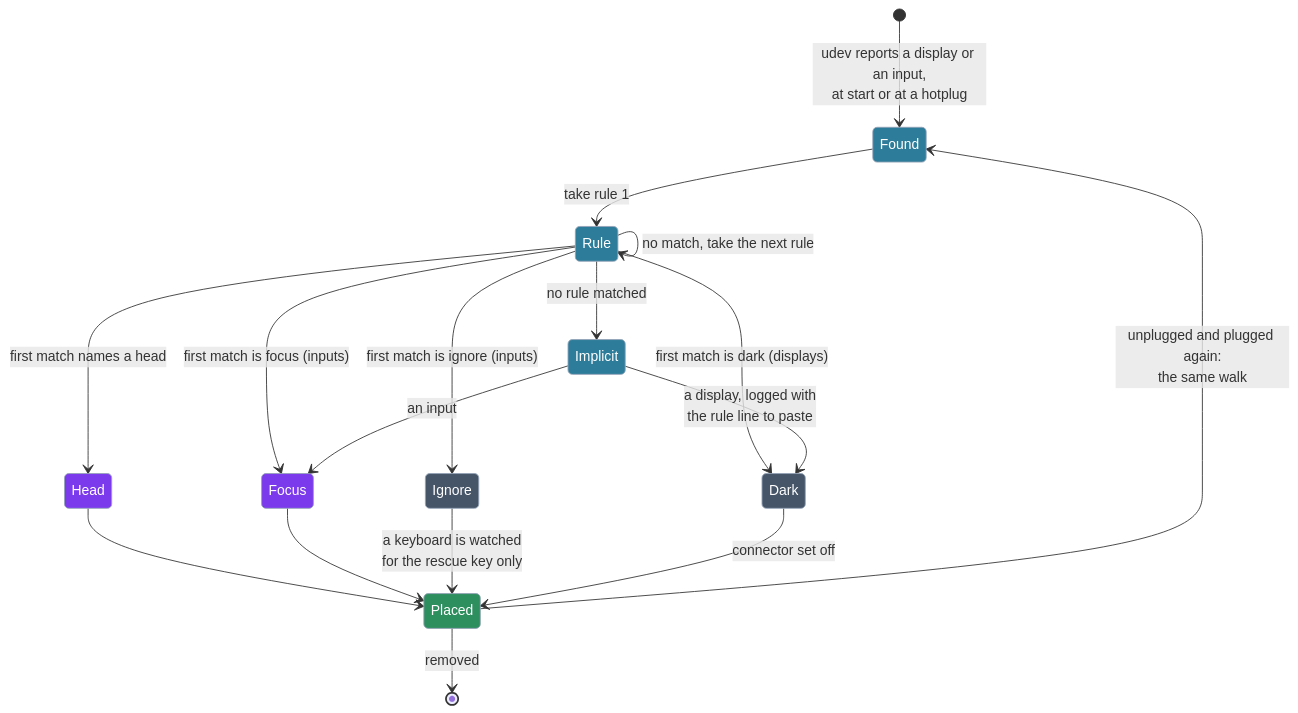
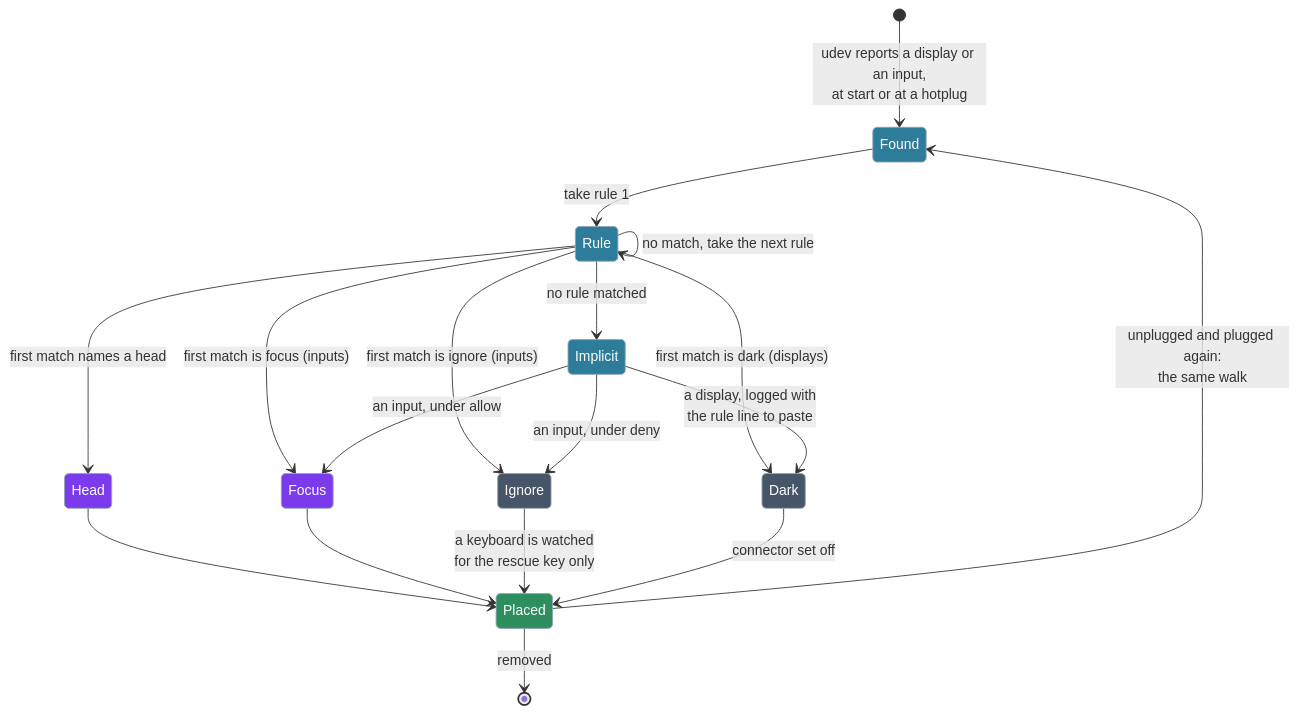
Before and after one commit to vtium/vtium: the second of 5 diagrams in docs/architecture/platform/ADR-1401-heads-a-terminal-per-physical-display-placed-by-a-first-match-ruleset.md, drawn with Mermaid. The commit also changed other lines of this file and 1 other file, not shown here.

````diff
--- a/docs/architecture/platform/ADR-1401-heads-a-terminal-per-physical-display-placed-by-a-first-match-ruleset.md
+++ b/docs/architecture/platform/ADR-1401-heads-a-terminal-per-physical-display-placed-by-a-first-match-ruleset.md
@@ -332,27 +368,28 @@
 ```mermaid
 stateDiagram-v2
     [*] --> Found: udev reports a display or an input,<br>at start or at a hotplug
     Found --> Rule: take rule 1
     Rule --> Rule: no match, take the next rule
     Rule --> Head: first match names a head
     Rule --> Focus: first match is focus (inputs)
     Rule --> Ignore: first match is ignore (inputs)
     Rule --> Dark: first match is dark (displays)
     Rule --> Implicit: no rule matched
     Implicit --> Dark: a display, logged with<br>the rule line to paste
-    Implicit --> Focus: an input
+    Implicit --> Focus: an input, under allow
+    Implicit --> Ignore: an input, under deny
     Head --> Placed
     Focus --> Placed
     Ignore --> Placed: a keyboard is watched<br>for the rescue key only
     Dark --> Placed: connector set off
     Placed --> [*]: removed
     Placed --> Found: unplugged and plugged again:<br>the same walk
     classDef step fill:#2d7d9a,color:#ffffff,stroke:#94a3b8
     classDef core fill:#7c3aed,color:#ffffff,stroke:#94a3b8
     classDef inert fill:#475569,color:#ffffff,stroke:#94a3b8
     classDef done fill:#2d8e5e,color:#ffffff,stroke:#94a3b8
     class Found,Rule,Implicit step
     class Head,Focus core
     class Ignore,Dark inert
     class Placed done
 ```
````
